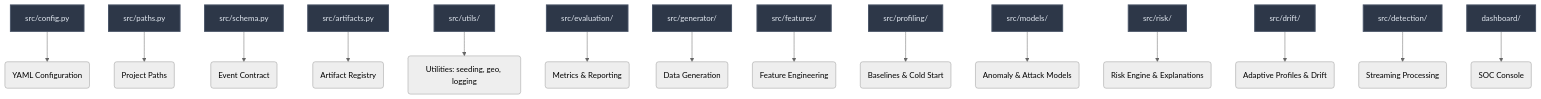
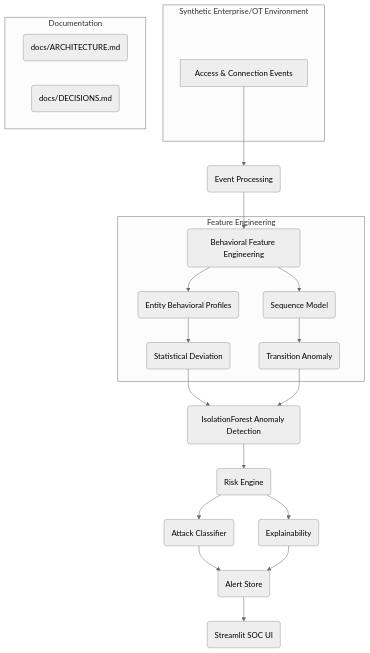
One commit to arc-github01/AgeisAI changed the fourth of 5 diagrams in README.md. Above: the diagram before and after it, drawn with Mermaid (neutral theme). The commit also changed other lines of this file, not shown here.

````diff
--- a/README.md
+++ b/README.md
@@ -371,20 +199,33 @@
 ```mermaid
-graph TD
-    A[src/config.py] --> B(YAML Configuration)
-    C[src/paths.py] --> D(Project Paths)
-    E[src/schema.py] --> F(Event Contract)
-    G[src/artifacts.py] --> H(Artifact Registry)
-    I[src/utils/] --> J(Utilities: seeding, geo, logging)
-    K[src/evaluation/] --> L(Metrics & Reporting)
-    M[src/generator/] --> N(Data Generation)
-    O[src/features/] --> P(Feature Engineering)
-    Q[src/profiling/] --> R(Baselines & Cold Start)
-    S[src/models/] --> T(Anomaly & Attack Models)
-    U[src/risk/] --> V(Risk Engine & Explanations)
-    W[src/drift/] --> X(Adaptive Profiles & Drift)
-    Y[src/detection/] --> Z(Streaming Processing)
-    AA[dashboard/] --> BB(SOC Console)
+flowchart TD
+    subgraph Synthetic Enterprise/OT Environment
+        A[Access & Connection Events]
+    end
 
-    classDef module fill:#2D3748,stroke:#4A5568,stroke-width:2px,color:#E2E8F0
-    class A,C,E,G,I,K,M,O,Q,S,U,W,Y,AA module
+    A --> B(Event Processing);
+    B --> C(Behavioral Feature Engineering);
+
+    subgraph Feature Engineering
+        C --> D(Entity Behavioral Profiles);
+        D --> E(Statistical Deviation);
+        C --> F(Sequence Model);
+        F --> G(Transition Anomaly);
+    end
+
+    E --> H(IsolationForest Anomaly Detection);
+    G --> H;
+
+    H --> I(Risk Engine);
+    I --> J(Attack Classifier);
+    I --> K(Explainability);
+
+    J --> L(Alert Store);
+    K --> L;
+
+    L --> M(Streamlit SOC UI);
+
+    subgraph Documentation
+        N(docs/ARCHITECTURE.md)
+        O(docs/DECISIONS.md)
+    end
 ```
````
